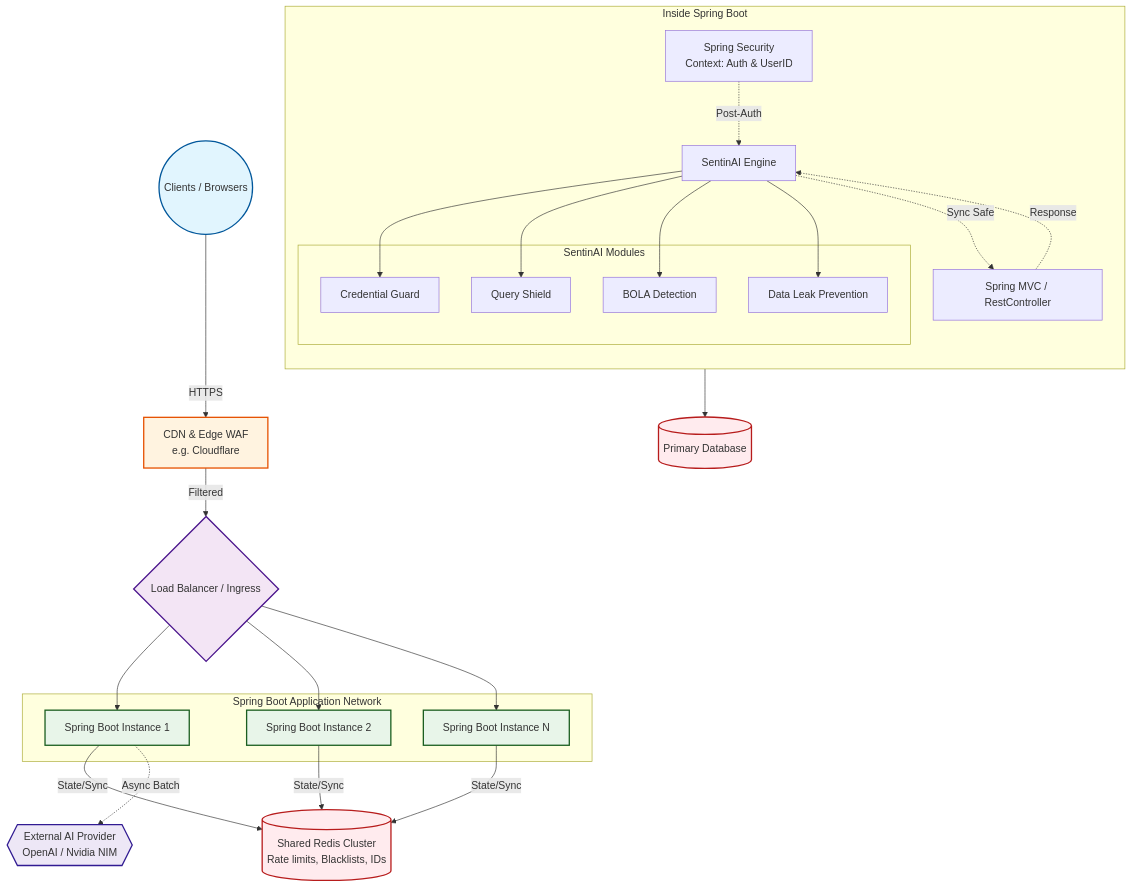
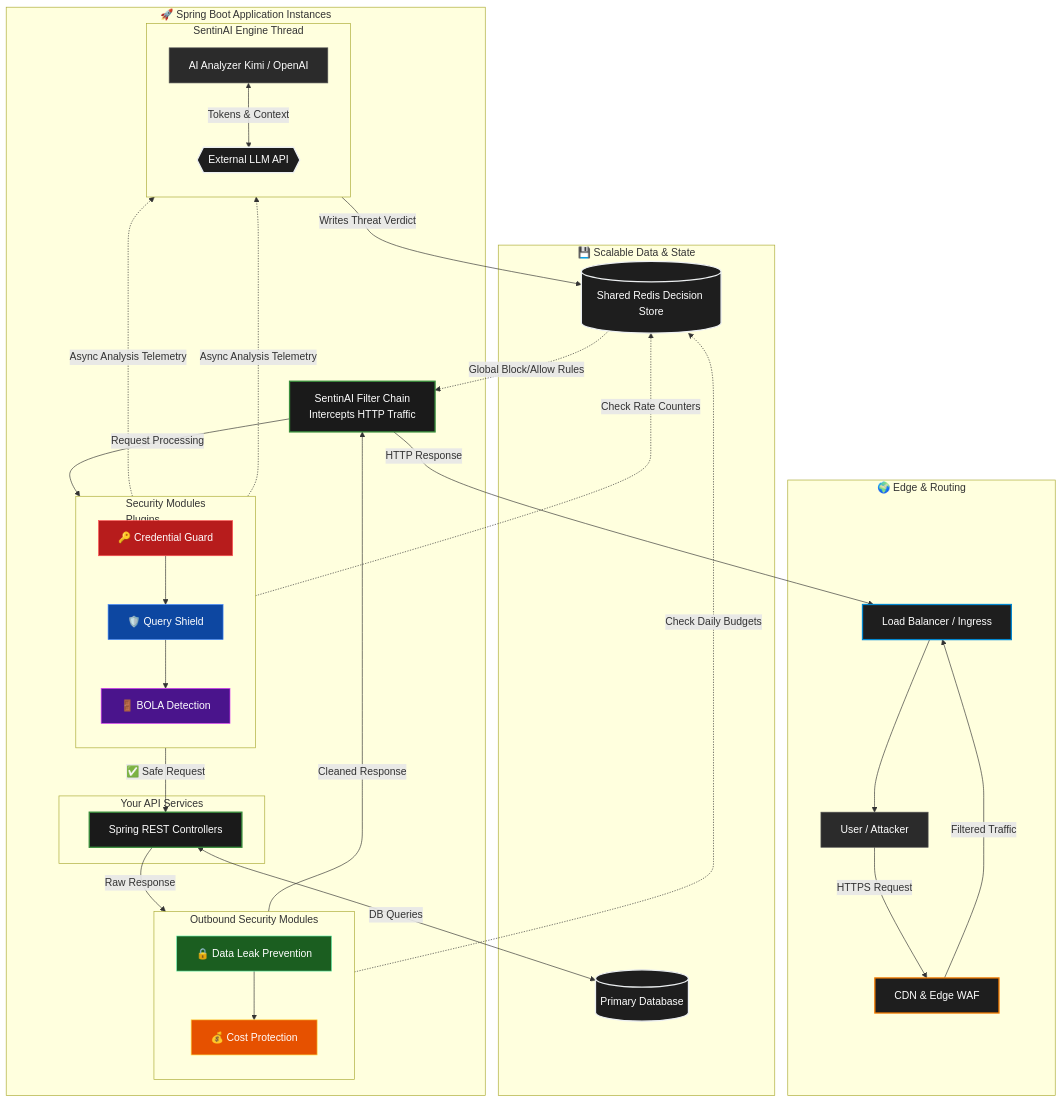
Before and after one commit to tapeshchavle/sentinai: the diagram in README.md, drawn with Mermaid. The commit also changed other lines of this file, not shown here.

Commit message:
fixed resources

````diff
--- a/README.md
+++ b/README.md
@@ -39,62 +37,89 @@
 ```mermaid
 graph TD
-    %% Define Styles
-    classDef client fill:#e1f5fe,stroke:#01579b,stroke-width:2px;
-    classDef edge fill:#fff3e0,stroke:#e65100,stroke-width:2px;
-    classDef compute fill:#f3e5f5,stroke:#4a148c,stroke-width:2px;
-    classDef app fill:#e8f5e9,stroke:#1b5e20,stroke-width:2px;
-    classDef storage fill:#ffebee,stroke:#b71c1c,stroke-width:2px;
-    classDef ai fill:#ede7f6,stroke:#311b92,stroke-width:2px;
+    classDef default fill:#2b2b2b,stroke:#555,stroke-width:1px,color:#fff;
+    classDef edge fill:#1e1e1e,stroke:#f57c00,stroke-width:2px,color:#fff;
+    classDef lb fill:#1e1e1e,stroke:#0288d1,stroke-width:2px,color:#fff;
+    classDef app fill:#1a1a1a,stroke:#388e3c,stroke-width:2px,color:#fff;
+    classDef moduleRed fill:#b71c1c,stroke:#ff5252,stroke-width:1px,color:#fff;
+    classDef moduleBlue fill:#0d47a1,stroke:#448aff,stroke-width:1px,color:#fff;
+    classDef modulePurple fill:#4a148c,stroke:#e040fb,stroke-width:1px,color:#fff;
+    classDef moduleGreen fill:#1b5e20,stroke:#69f0ae,stroke-width:1px,color:#fff;
+    classDef moduleOrange fill:#e65100,stroke:#ffd740,stroke-width:1px,color:#fff;
+    classDef ext fill:#1e1e1e,stroke:#eceff1,stroke-width:2px,color:#fff;
+    
+    subgraph ClientLayer [🌍 Edge & Routing]
+        User[User / Attacker]
+        WAF[CDN & Edge WAF]:::edge
+        LB[Load Balancer / Ingress]:::lb
+        
+        User -->|HTTPS Request| WAF
+        WAF -->|Filtered Traffic| LB
+    end
 
-    %% Nodes
-    Users((Clients / Browsers)):::client
-    CDN[CDN & Edge WAF <br> e.g. Cloudflare]:::edge
-    LB{Load Balancer / Ingress}:::compute
-    
-    subgraph "Spring Boot Application Network"
-        App1[Spring Boot Instance 1]:::app
-        App2[Spring Boot Instance 2]:::app
-        App3[Spring Boot Instance N]:::app
+    subgraph AppLayer [🚀 Spring Boot Application Instances]
+        Filter[SentinAI Filter Chain <br/> Intercepts HTTP Traffic]:::app
+        
+        subgraph InboundModules [Security Modules <br/> Plugins]
+            direction TB
+            CG[🔑 Credential Guard]:::moduleRed
+            QS[🛡️ Query Shield]:::moduleBlue
+            BOLA[🚪 BOLA Detection]:::modulePurple
+            
+            CG --> QS
+            QS --> BOLA
+        end
+        
+        Filter -->|Request Processing| InboundModules
+        
+        subgraph ControllerLayer [Your API Services]
+            REST[Spring REST Controllers]:::app
+        end
+        
+        BOLA -->|✅ Safe Request| REST
+        
+        subgraph OutboundModules [Outbound Security Modules]
+            direction TB
+            DLP[🔒 Data Leak Prevention]:::moduleGreen
+            Cost[💰 Cost Protection]:::moduleOrange
+            
+            DLP --> Cost
+        end
+        
+        REST -->|Raw Response| OutboundModules
+        Cost -->|Cleaned Response| Filter
+        
+        subgraph Engine [SentinAI Engine Thread]
+            direction TB
+            AI[AI Analyzer Kimi / OpenAI]
+            RemoteLLM{{External LLM API}}:::ext
+            
+            AI <-->|Tokens & Context| RemoteLLM
+        end
     end
     
-    Redis[(Shared Redis Cluster <br> Rate limits, Blacklists, IDs)]:::storage
-    DB[(Primary Database)]:::storage
-    LLM{{External AI Provider <br> OpenAI / Nvidia NIM}}:::ai
-    
-    %% Application Internals
-    subgraph "Inside Spring Boot"
-        direction TB
-        SpringSec[Spring Security <br> Context: Auth & UserID]
-        Engine[SentinAI Engine]
-        
-        subgraph "SentinAI Modules"
-            Mod1[Credential Guard]
-            Mod2[Query Shield]
-            Mod3[BOLA Detection]
-            Mod4[Data Leak Prevention]
-        end
-        
-        Engine --> Mod1 & Mod2 & Mod3 & Mod4 
-        Controller[Spring MVC / RestController]
-        
-        SpringSec -.->|Post-Auth| Engine
-        Engine -.->|Sync Safe| Controller
-        Controller -.->|Response| Engine
+    subgraph DataLayer [💾 Scalable Data & State]
+        DB[(Primary Database)]:::ext
+        Redis[(Shared Redis Decision Store)]:::ext
     end
     
-    %% Connections
-    Users -->|HTTPS| CDN
-    CDN -->|Filtered| LB
-    LB --> App1 & App2 & App3
+    %% API to DB
+    REST <-->|DB Queries| DB
     
-    App1 -->|State/Sync| Redis
-    App2 -->|State/Sync| Redis
-    App3 -->|State/Sync| Redis
+    %% Async Analysis Flow
+    QS -.->|Async Analysis Telemetry| AI
+    BOLA -.->|Async Analysis Telemetry| AI
     
-    App1 -.->|Async Batch| LLM
+    %% Engine to Redis
+    AI -->|Writes Threat Verdict| Redis
     
-    Controller --> DB
+    %% Redis to Filter Chain Loop
+    Redis -.->|Global Block/Allow Rules| Filter
     
-    %% Notes
-    class App1 app
+    %% Sync Module State
+    CG -.->|Check Rate Counters| Redis
+    Cost -.->|Check Daily Budgets| Redis
+    
+    %% Return to Client
+    Filter -->|HTTP Response| LB
+    LB --> User
 ```
````
